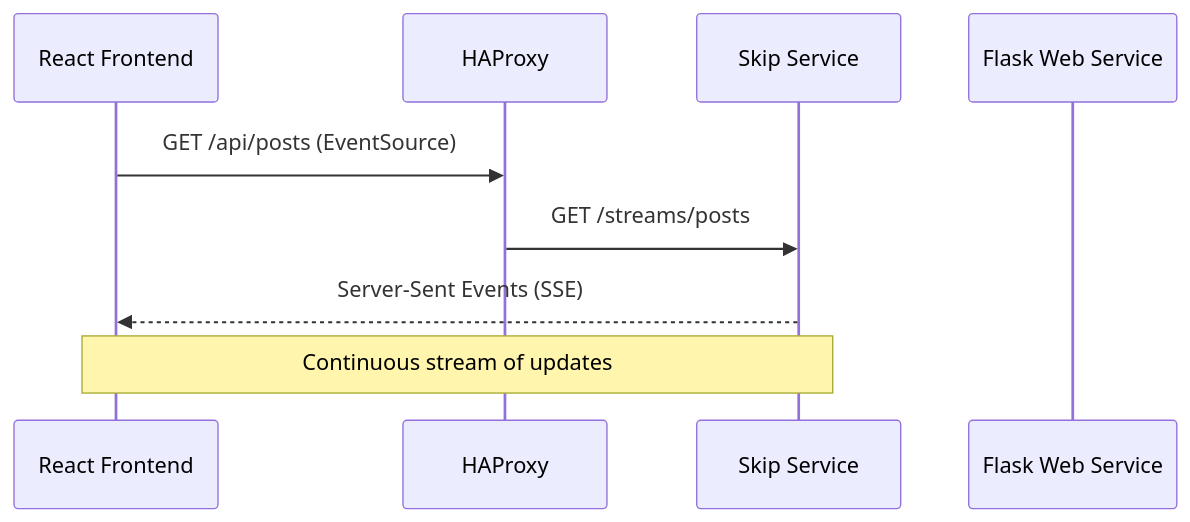
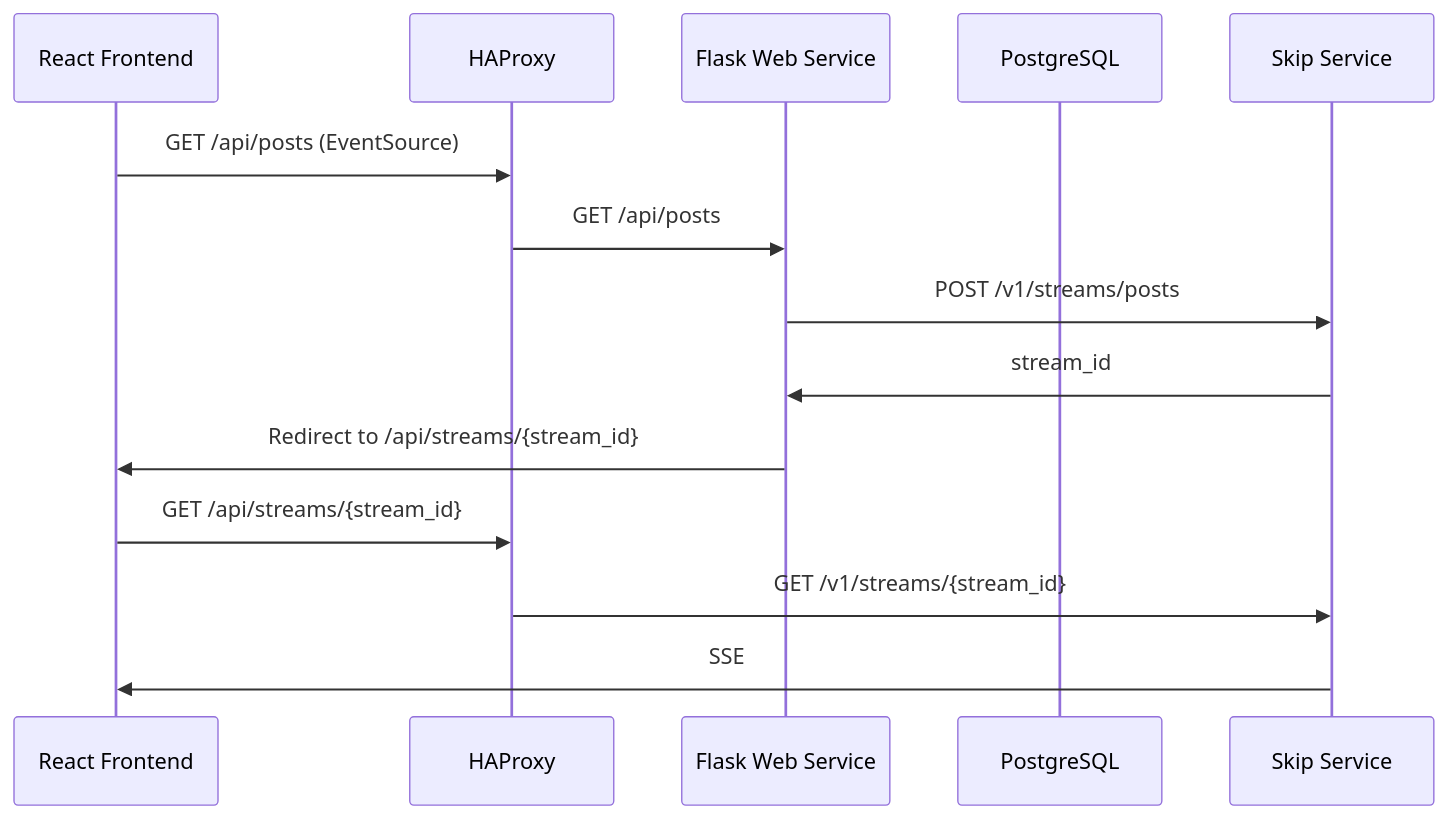
The third of 3 diagrams in examples/hackernews/README.md (SkipLabs/skip), drawn with Mermaid before and after one commit. The commit also changed other lines of this file, not shown here.

Commit message:
Lucas' comments

````diff
--- a/examples/hackernews/README.md
+++ b/examples/hackernews/README.md
@@ -165,15 +166,17 @@
 ```mermaid
 sequenceDiagram
-    %% Title: Real-time Updates Flow
-    %% Description: Shows how real-time updates are delivered to clients using Server-Sent Events
-
     participant Frontend as React Frontend
     participant HAProxy as HAProxy
+    participant Web as Flask Web Service
+    participant DB as PostgreSQL
     participant Skip as Skip Service
-    participant Web as Flask Web Service
 
-    Frontend->>HAProxy: GET /api/posts (EventSource)
-    HAProxy->>Skip: GET /streams/posts
-    Skip-->>Frontend: Server-Sent Events (SSE)
-    Note over Frontend,Skip: Continuous stream of updates
+    Frontend ->> HAProxy: GET /api/posts (EventSource)
+    HAProxy ->> Web: GET /api/posts
+    Web ->> Skip: POST /v1/streams/posts
+    Skip ->> Web: stream_id
+    Web ->> Frontend: Redirect to /api/streams/{stream_id}
+    Frontend ->> HAProxy: GET /api/streams/{stream_id}
+    HAProxy ->> Skip: GET /v1/streams/{stream_id}
+    Skip ->> Frontend: SSE
 ```
````
